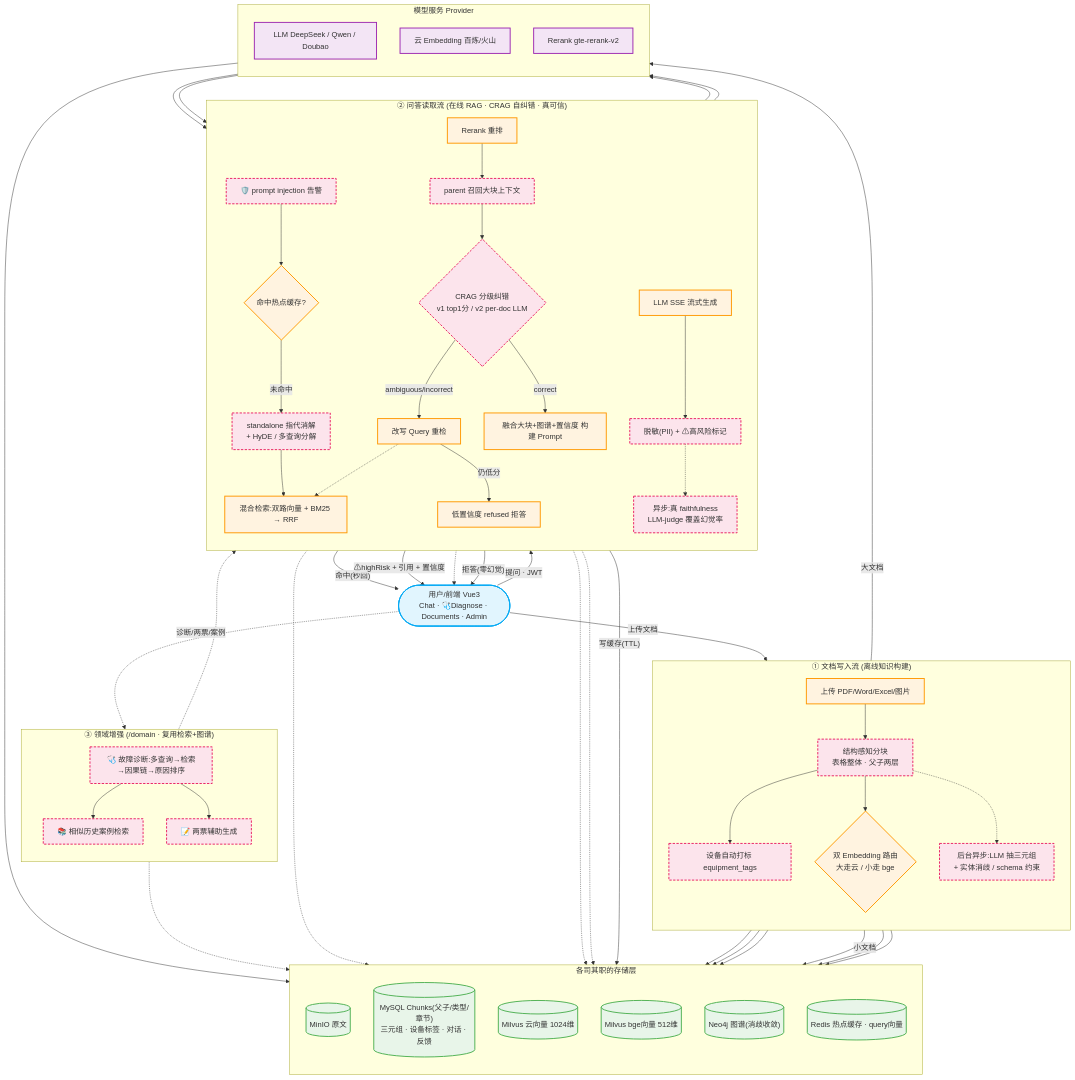
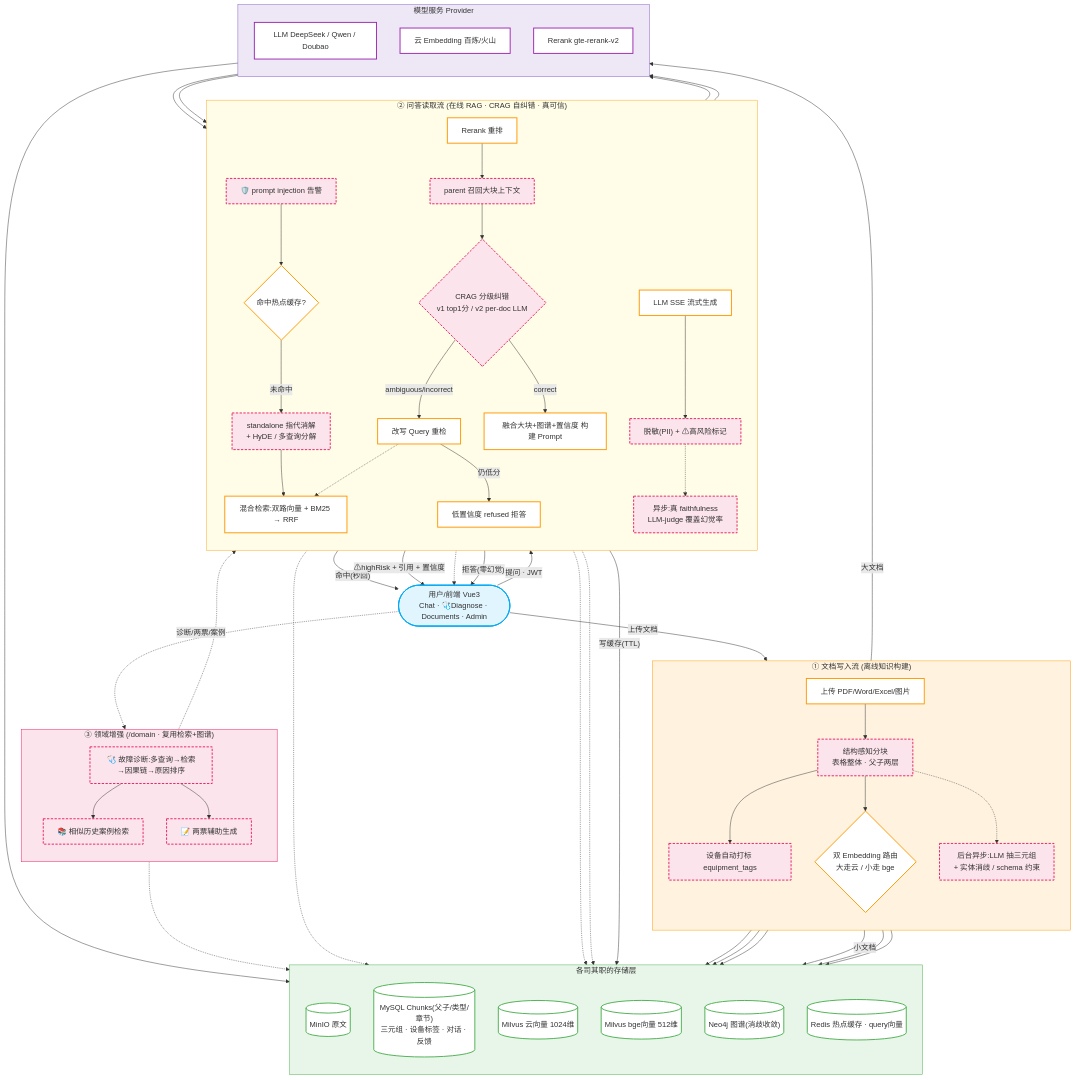
Before and after one commit to zhyese/grid-qa: the second of 5 diagrams in README.md, drawn with Mermaid. The commit also changed other lines of this file, not shown here.

First line of the commit message:
docs(README): 三张架构图统一重做为色块分阶段风格

````diff
--- a/README.md
+++ b/README.md
@@ -91,9 +121,9 @@
 flowchart TD
     %% 定义样式（new=粉色虚线，标注 v2 新增节点，一眼看增量）
     classDef client fill:#e1f5fe,stroke:#03a9f4,stroke-width:2px;
-    classDef process fill:#fff3e0,stroke:#ff9800,stroke-width:2px;
-    classDef storage fill:#e8f5e9,stroke:#4caf50,stroke-width:2px;
-    classDef llm fill:#f3e5f5,stroke:#9c27b0,stroke-width:2px;
+    classDef process fill:#ffffff,stroke:#ff9800,stroke-width:2px;
+    classDef storage fill:#ffffff,stroke:#4caf50,stroke-width:2px;
+    classDef llm fill:#ffffff,stroke:#9c27b0,stroke-width:2px;
     classDef new fill:#fce4ec,stroke:#e91e63,stroke-width:2px,stroke-dasharray:5 3;
 
     User(["用户/前端 Vue3<br/>Chat · 🩺Diagnose · Documents · Admin"]):::client
@@ -195,4 +225,11 @@
     Diagnose -.-> Neo4j
     Diagnose --> Similar
     Diagnose --> Ticket
+
+    %% 阶段色块
+    style WriteFlow fill:#fff3e0,stroke:#ff9800
+    style StorageLayer fill:#e8f5e9,stroke:#4caf50
+    style ReadFlow fill:#fffde7,stroke:#f9a825
+    style DomainFlow fill:#fce4ec,stroke:#e91e63
+    style CloudModels fill:#ede7f6,stroke:#7e57c2
 ```
````
